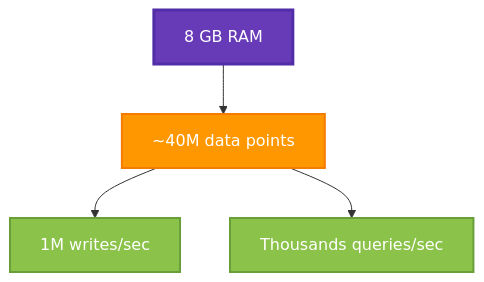
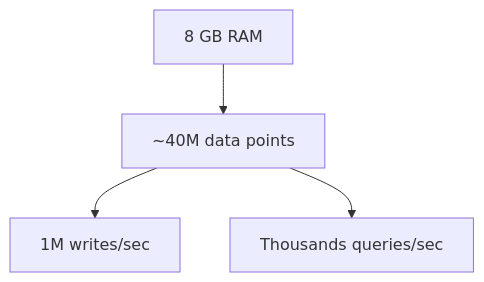
One commit to Pablo997/pulsardb changed the sixth of 6 diagrams in docs/benchmarks.md. Above: the diagram before and after it, drawn with Mermaid. The commit also changed other lines of this file, not shown here.

Commit message:
Refactor benchmarks documentation by removing unnecessary styling elements from graphs to enhance clarity and focus on performance metrics.

````diff
--- a/docs/benchmarks.md
+++ b/docs/benchmarks.md
@@ -267,10 +258,6 @@
 ```mermaid
 graph TD
     A[8 GB RAM] --> B[~40M data points]
     B --> C[1M writes/sec]
     B --> D[Thousands queries/sec]
-    style A fill:#673AB7,stroke:#512DA8,stroke-width:3px,color:#fff
-    style B fill:#FF9800,stroke:#F57C00,stroke-width:2px,color:#fff
-    style C fill:#8BC34A,stroke:#689F38,stroke-width:2px,color:#fff
-    style D fill:#8BC34A,stroke:#689F38,stroke-width:2px,color:#fff
 ```
````
